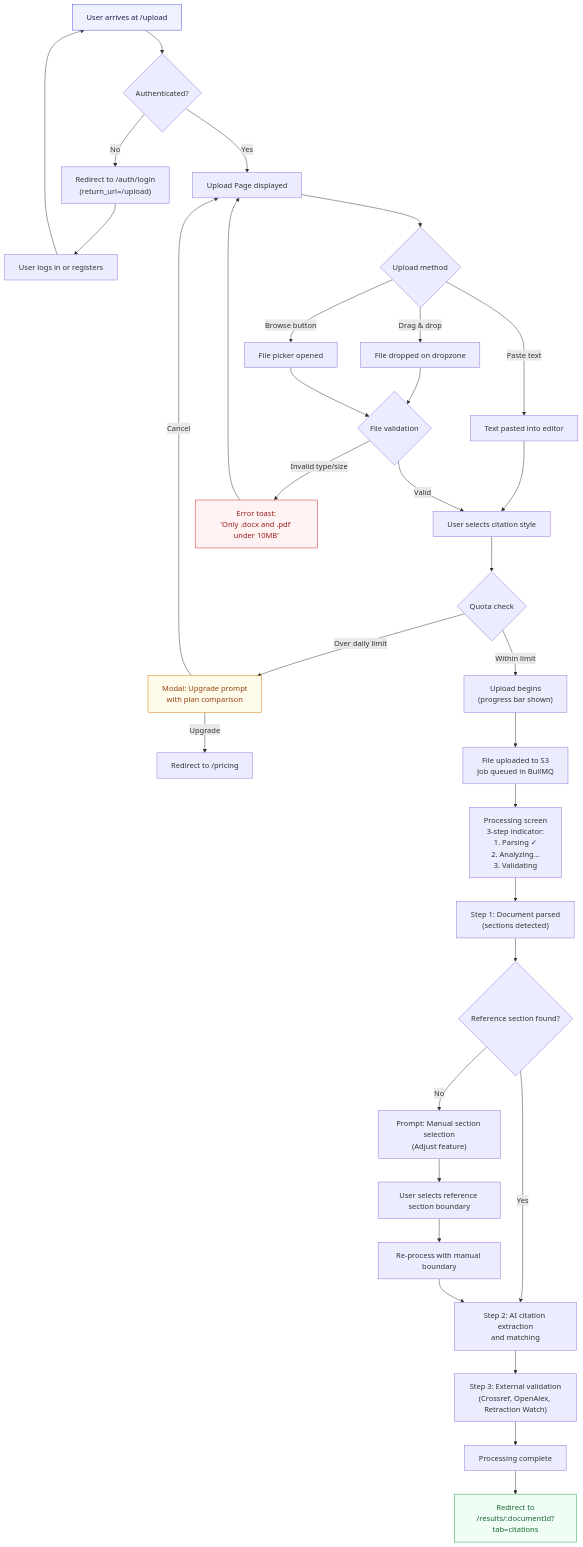
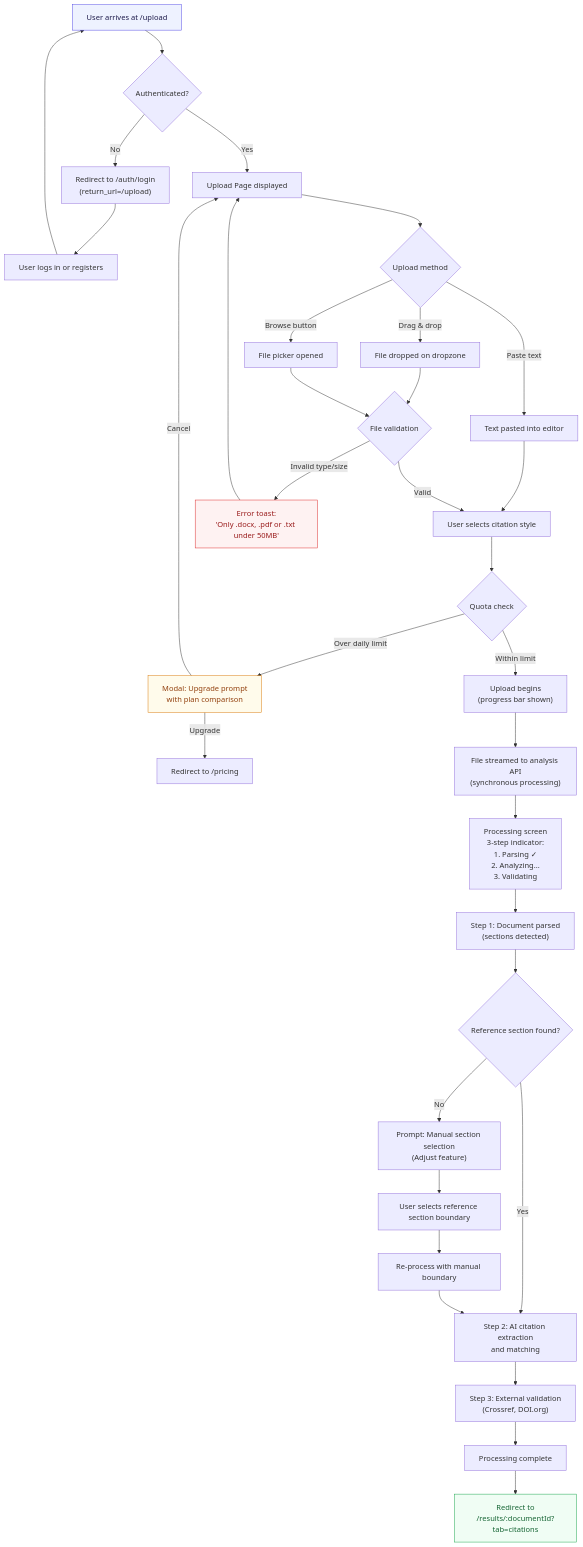
One commit to Faithmanex/citepilot changed the first of 5 diagrams in 02-design/07-information-architecture.md. Above: the diagram before and after it, drawn with Mermaid. The commit also changed other lines of this file and 32 other files, not shown here.

Commit message:
docs(truthfulness): align architecture, security, legal, and ops docs with live MVP stack

````diff
--- a/02-design/07-information-architecture.md
+++ b/02-design/07-information-architecture.md
@@ -280,40 +292,40 @@
 ```mermaid
 flowchart TD
     A["User arrives at /upload"] --> B{"Authenticated?"}
     B -- No --> C["Redirect to /auth/login\n(return_url=/upload)"]
     C --> D["User logs in or registers"]
     D --> A
     B -- Yes --> E["Upload Page displayed"]
     E --> F{"Upload method"}
     F -- "Drag & drop" --> G["File dropped on dropzone"]
     F -- "Browse button" --> H["File picker opened"]
     F -- "Paste text" --> I["Text pasted into editor"]
     G --> J{"File validation"}
     H --> J
     I --> K["User selects citation style"]
-    J -- "Invalid type/size" --> L["Error toast:\n'Only .docx and .pdf under 10MB'"]
+    J -- "Invalid type/size" --> L["Error toast:\n'Only .docx, .pdf or .txt under 50MB'"]
     L --> E
     J -- "Valid" --> K
     K --> M{"Quota check"}
     M -- "Over daily limit" --> N["Modal: Upgrade prompt\nwith plan comparison"]
     N -- "Upgrade" --> O["Redirect to /pricing"]
     N -- "Cancel" --> E
     M -- "Within limit" --> P["Upload begins\n(progress bar shown)"]
-    P --> Q["File uploaded to S3\nJob queued in BullMQ"]
+    P --> Q["File streamed to analysis API\n(synchronous processing)"]
     Q --> R["Processing screen\n3-step indicator:\n1. Parsing ✓\n2. Analyzing...\n3. Validating"]
     R --> S["Step 1: Document parsed\n(sections detected)"]
     S --> T{"Reference section found?"}
     T -- No --> U["Prompt: Manual section selection\n(Adjust feature)"]
     U --> V["User selects reference section boundary"]
     V --> W["Re-process with manual boundary"]
     T -- Yes --> X["Step 2: AI citation extraction\nand matching"]
     W --> X
-    X --> Y["Step 3: External validation\n(Crossref, OpenAlex, Retraction Watch)"]
+    X --> Y["Step 3: External validation\n(Crossref, DOI.org)"]
     Y --> Z["Processing complete"]
     Z --> AA["Redirect to\n/results/:documentId?tab=citations"]
 
     style A fill:#EEF2FF,stroke:#4F46E5,color:#1E1B4B
     style AA fill:#F0FDF4,stroke:#16A34A,color:#166534
     style L fill:#FEF2F2,stroke:#DC2626,color:#991B1B
     style N fill:#FFFBEB,stroke:#D97706,color:#92400E
 ```
````
